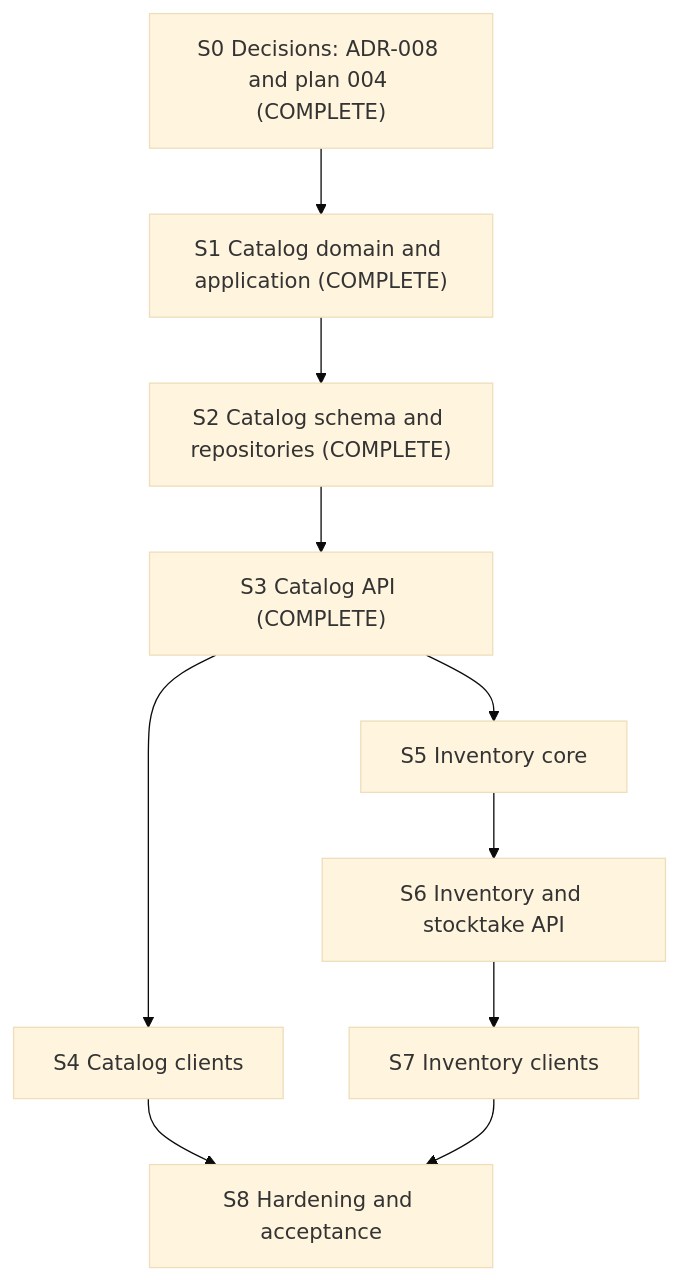
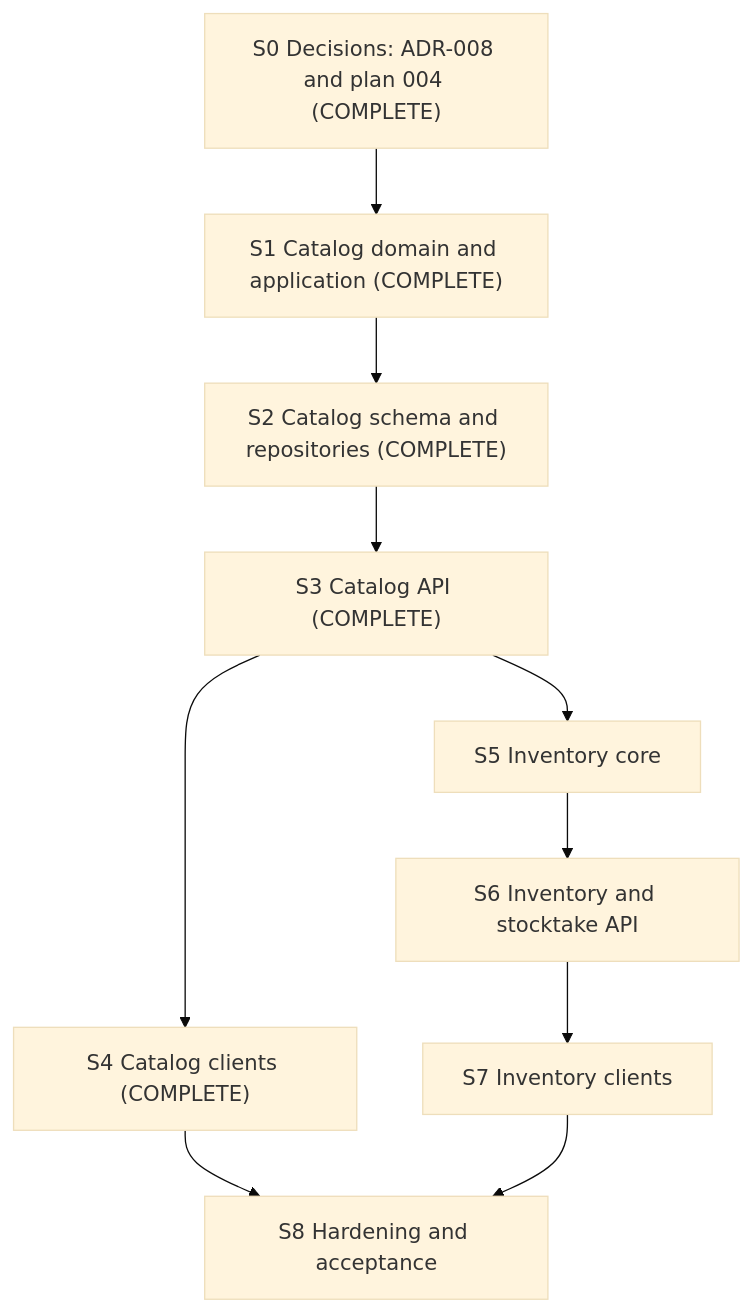
Before and after one commit to lumzeegates123/tali: the diagram in docs/plans/004-build-2-catalog-inventory.md, drawn with Mermaid (base theme). The commit also changed other lines of this file and 63 other files, not shown here.

Commit message:
feat: implement Build 2 catalog clients

````diff
--- a/docs/plans/004-build-2-catalog-inventory.md
+++ b/docs/plans/004-build-2-catalog-inventory.md
@@ -38,12 +39,12 @@
 ```mermaid
 flowchart TD
   S0["S0 Decisions: ADR-008 and plan 004 (COMPLETE)"] --> S1["S1 Catalog domain and application (COMPLETE)"]
   S1 --> S2["S2 Catalog schema and repositories (COMPLETE)"]
   S2 --> S3["S3 Catalog API (COMPLETE)"]
-  S3 --> S4["S4 Catalog clients"]
+  S3 --> S4["S4 Catalog clients (COMPLETE)"]
   S3 --> S5["S5 Inventory core"]
   S5 --> S6["S6 Inventory and stocktake API"]
   S6 --> S7["S7 Inventory clients"]
   S4 --> S8["S8 Hardening and acceptance"]
   S7 --> S8
 ```
````
